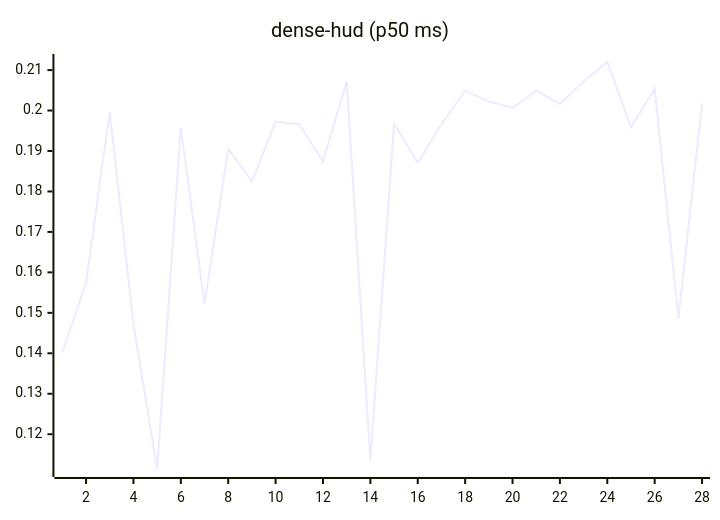
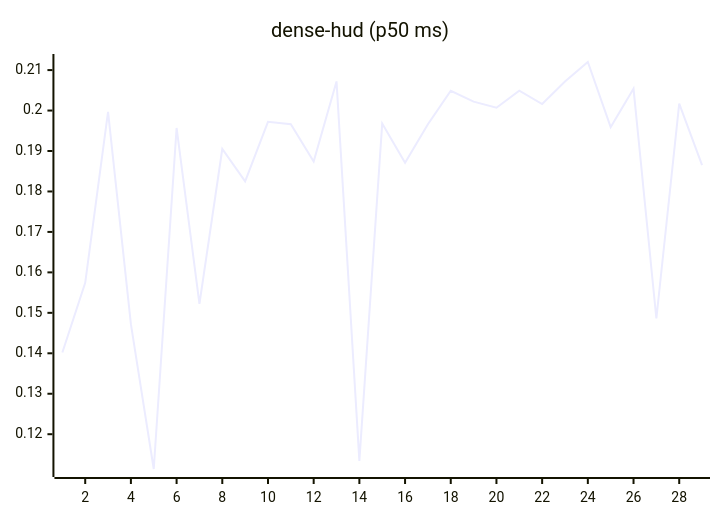
One commit to josha/Facet changed the eighth of 27 diagrams in README.md. Above: the diagram before and after it, drawn with Mermaid. The commit also changed other lines of this file and 2 other files, not shown here.

````diff
--- a/README.md
+++ b/README.md
@@ -112,6 +112,6 @@
 ```mermaid
 xychart-beta
     title "dense-hud (p50 ms)"
-    x-axis 1 --> 28
-    line [0.1402, 0.1574, 0.1997, 0.1472, 0.1114, 0.1957, 0.1522, 0.1905, 0.1825, 0.1972, 0.1966, 0.1874, 0.2072, 0.1134, 0.1968, 0.1871, 0.1966, 0.2049, 0.2022, 0.2007, 0.2049, 0.2016, 0.2072, 0.2120, 0.1959, 0.2054, 0.1486, 0.2017]
+    x-axis 1 --> 29
+    line [0.1402, 0.1574, 0.1997, 0.1472, 0.1114, 0.1957, 0.1522, 0.1905, 0.1825, 0.1972, 0.1966, 0.1874, 0.2072, 0.1134, 0.1968, 0.1871, 0.1966, 0.2049, 0.2022, 0.2007, 0.2049, 0.2016, 0.2072, 0.2120, 0.1959, 0.2054, 0.1486, 0.2017, 0.1865]
 ```
````
